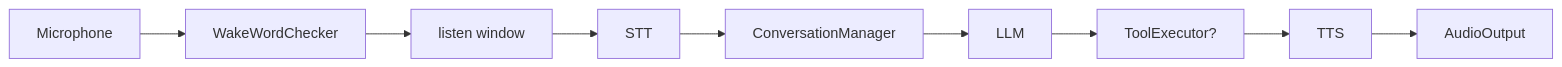
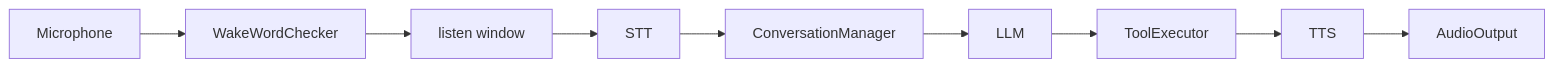
Before and after one commit to well-it-wasnt-me/RON: the first of 2 diagrams in docs/modules/services.md, drawn with Mermaid. The commit also changed other lines of this file and 84 other files, not shown here.

````diff
--- a/docs/modules/services.md
+++ b/docs/modules/services.md
@@ -13,4 +13,4 @@
 ```mermaid
 flowchart LR
-    Mic["Microphone"] --> WW["WakeWordChecker"] --> Listen["listen window"] --> STT --> CM["ConversationManager"] --> LLM --> Tools["ToolExecutor?"] --> TTS --> Audio["AudioOutput"]
+    Mic["Microphone"] --> WW["WakeWordChecker"] --> Listen["listen window"] --> STT --> CM["ConversationManager"] --> LLM --> Tools["ToolExecutor"] --> TTS --> Audio["AudioOutput"]
 ```
````
